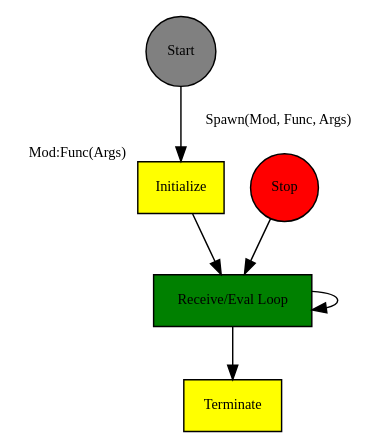
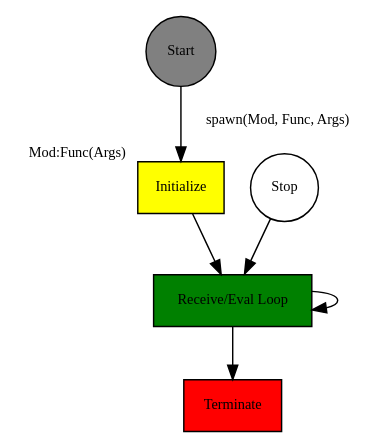
The third of 16 diagrams in presentation.org (dont-rely-on-nulls/gambiconf-2025), drawn with Graphviz before and after one commit. The commit also changed other lines of this file and 24 other files, not shown here.

```diff
--- a/presentation.org
+++ b/presentation.org
@@ -378,17 +240,17 @@
 #+BEGIN_SRC dot :file ./img/erlang_process_skeleton.png :cmdline -Kdot -Tpng :exports results
   digraph Process {
     node [fontsize="10pt", style=filled];
     
     start [label="Start", fillcolor=gray, shape=circle];
-    stop [label="Stop", fillcolor=red, shape=circle];
+    stop [label="Stop", fillcolor=white, shape=circle];
     init [label="Initialize", xlabel="Mod:Func(Args)", fillcolor=yellow, shape=rectangle];
     loop [label="Receive/Eval Loop", fillcolor=green, shape=rectangle]
-    terminate [label="Terminate", fillcolor=yellow, shape=rectangle];
+    terminate [label="Terminate", fillcolor=red, shape=rectangle];
 
-    start -> init [label="  Spawn(Mod, Func, Args)", fontsize="10pt", minlen=1];
+    start -> init [label="  spawn(Mod, Func, Args)", fontsize="10pt", minlen=1];
     init -> loop
     loop -> loop
     stop -> loop
     loop -> terminate
   }
 #+END_SRC
```
